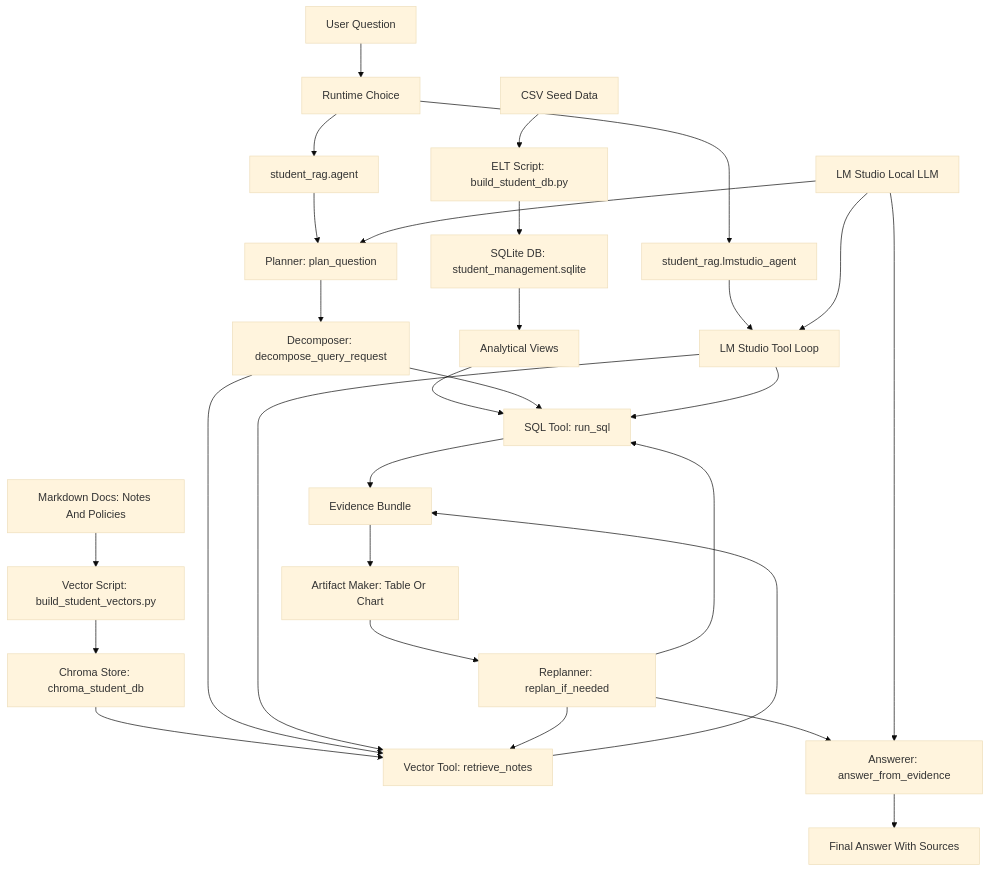
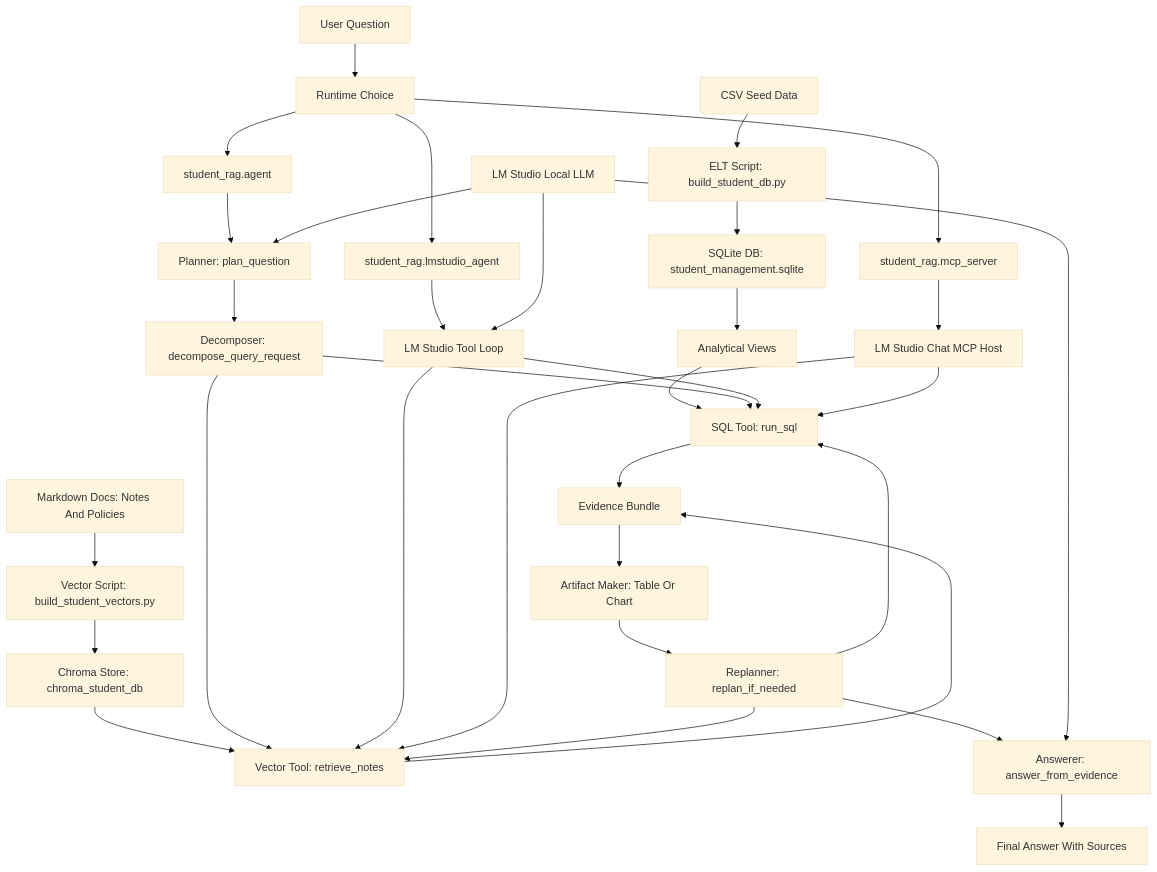
The first of 3 diagrams in docs/DESIGN.md (DuongPhanHoai/rag_assistant), drawn with Mermaid (base theme) before and after one commit. The commit also changed other lines of this file and 7 other files, not shown here.

````diff
--- a/docs/DESIGN.md
+++ b/docs/DESIGN.md
@@ -34,36 +34,40 @@
 ```mermaid
 flowchart TD
     UserQuestion["User Question"] --> RuntimeChoice["Runtime Choice"]
     RuntimeChoice --> DeterministicAgent["student_rag.agent"]
     RuntimeChoice --> ToolAgent["student_rag.lmstudio_agent"]
+    RuntimeChoice --> McpServer["student_rag.mcp_server"]
     DeterministicAgent --> Planner["Planner: plan_question"]
     Planner --> Decomposer["Decomposer: decompose_query_request"]
     ToolAgent --> LmToolLoop["LM Studio Tool Loop"]
+    McpServer --> LmStudioChat["LM Studio Chat MCP Host"]
 
     CsvData["CSV Seed Data"] --> DbBuilder["ELT Script: build_student_db.py"]
     DbBuilder --> SQLiteDb["SQLite DB: student_management.sqlite"]
     SQLiteDb --> SqlViews["Analytical Views"]
     SqlViews --> SqlTool["SQL Tool: run_sql"]
 
     MarkdownDocs["Markdown Docs: Notes And Policies"] --> VectorBuilder["Vector Script: build_student_vectors.py"]
     VectorBuilder --> ChromaStore["Chroma Store: chroma_student_db"]
     ChromaStore --> VectorTool["Vector Tool: retrieve_notes"]
 
     Decomposer --> SqlTool
     Decomposer --> VectorTool
     LmToolLoop --> SqlTool
     LmToolLoop --> VectorTool
+    LmStudioChat --> SqlTool
+    LmStudioChat --> VectorTool
     SqlTool --> Evidence["Evidence Bundle"]
     VectorTool --> Evidence
 
     Evidence --> ArtifactMaker["Artifact Maker: Table Or Chart"]
     ArtifactMaker --> Replanner["Replanner: replan_if_needed"]
     Replanner --> SqlTool
     Replanner --> VectorTool
     Replanner --> Answerer["Answerer: answer_from_evidence"]
 
     LmStudio["LM Studio Local LLM"] --> Planner
     LmStudio --> LmToolLoop
     LmStudio --> Answerer
     Answerer --> FinalAnswer["Final Answer With Sources"]
 ```
````
